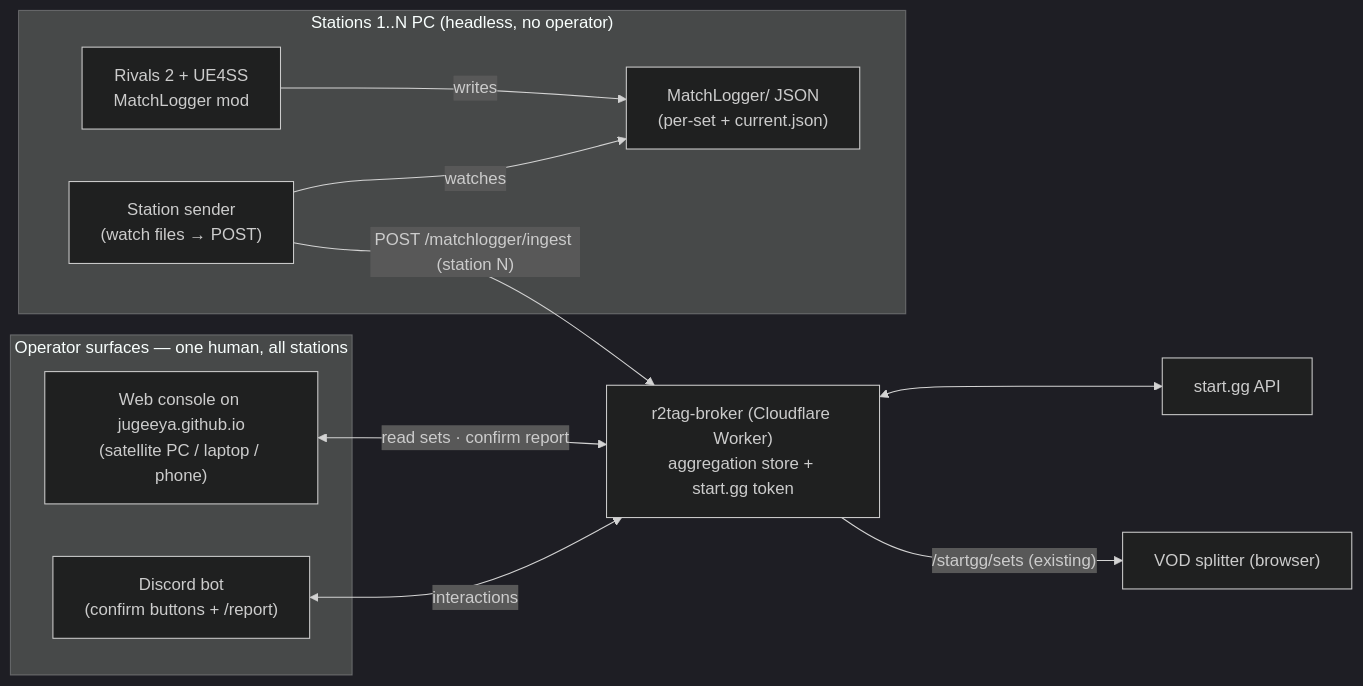
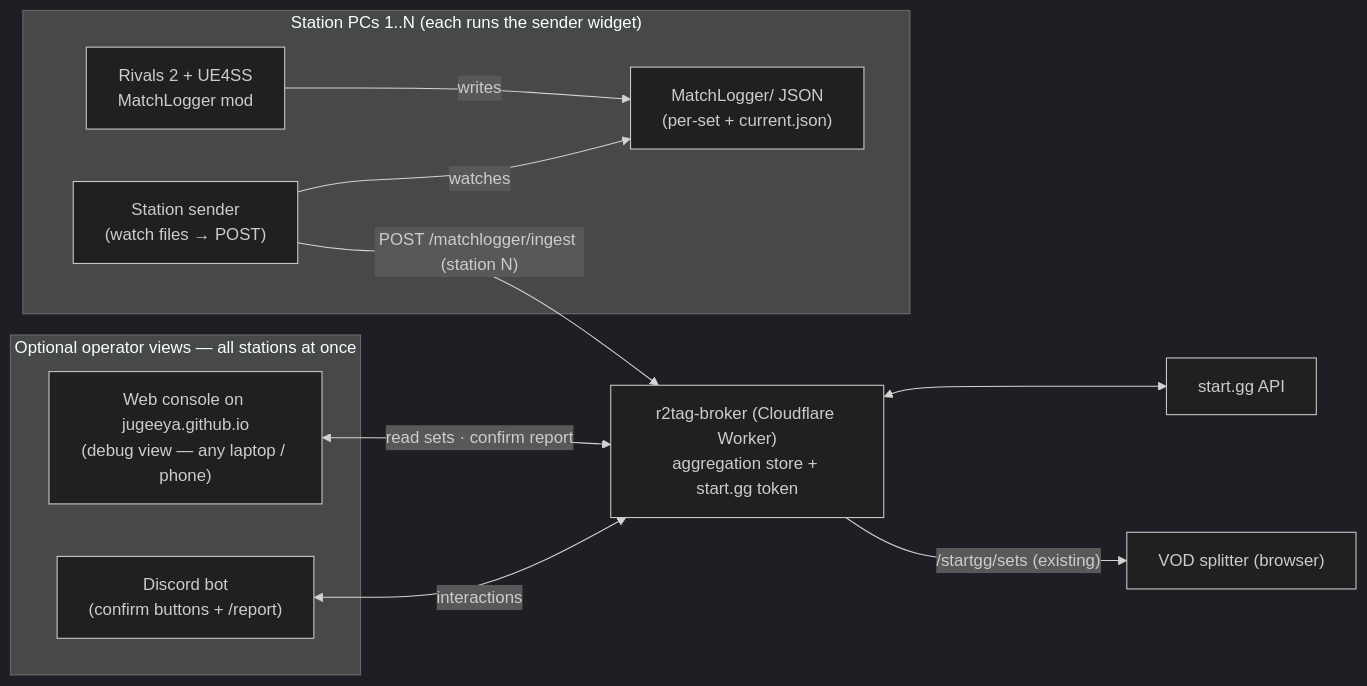
Before and after one commit to jugeeya/jugeeya.github.io: the diagram in matchlogger/DESIGN.md, drawn with Mermaid (dark theme). The commit also changed other lines of this file and 4 other files, not shown here.

Commit message:
Update so that all PCs are senders, operator view is debug

````diff
--- a/matchlogger/DESIGN.md
+++ b/matchlogger/DESIGN.md
@@ -36,23 +39,23 @@
 ```mermaid
 flowchart LR
-    subgraph ST["Stations 1..N PC (headless, no operator)"]
+    subgraph ST["Station PCs 1..N (each runs the sender widget)"]
         Game["Rivals 2 + UE4SS<br/>MatchLogger mod"]
         Files["MatchLogger/ JSON<br/>(per-set + current.json)"]
         Sender["Station sender<br/>(watch files → POST)"]
         Game -->|writes| Files
         Sender -->|watches| Files
     end
     Broker["r2tag-broker (Cloudflare Worker)<br/>aggregation store + start.gg token"]
-    subgraph OPS["Operator surfaces — one human, all stations"]
-        Console["Web console on jugeeya.github.io<br/>(satellite PC / laptop / phone)"]
+    subgraph OPS["Optional operator views — all stations at once"]
+        Console["Web console on jugeeya.github.io<br/>(debug view — any laptop / phone)"]
         Discord["Discord bot<br/>(confirm buttons + /report)"]
     end
     StartGG["start.gg API"]
     Splitter["VOD splitter (browser)"]
 
     Sender -->|"POST /matchlogger/ingest (station N)"| Broker
     Broker <--> StartGG
     Console <-->|"read sets · confirm report"| Broker
     Discord <-->|"interactions"| Broker
     Broker -->|"/startgg/sets (existing)"| Splitter
 ```
````
